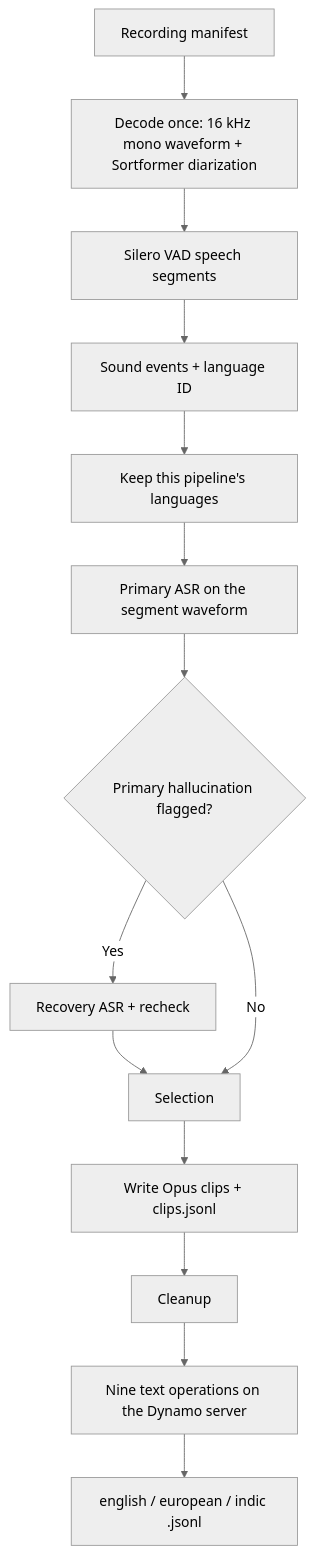
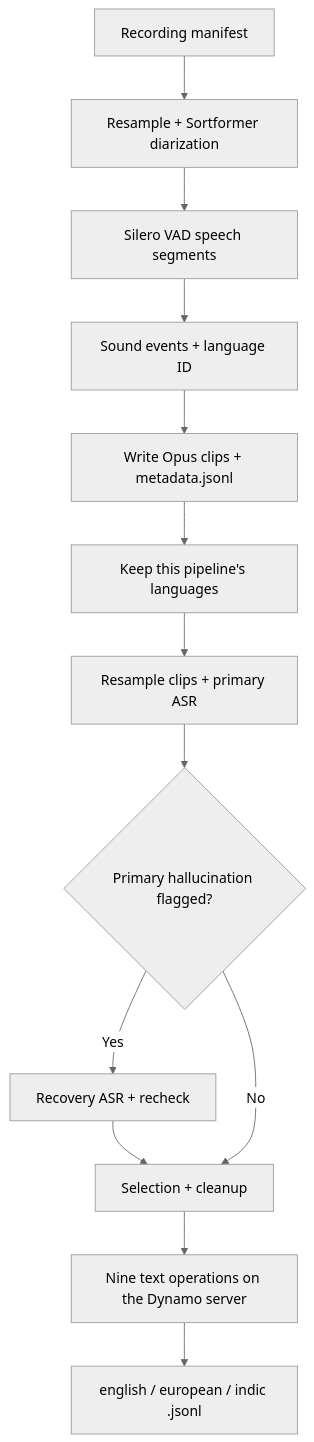
Before and after one commit to NVIDIA-NeMo/Curator: the diagram in tutorials/audio/granary_v2/full_pipeline/README.md, drawn with Mermaid (neutral theme). The commit also changed other lines of this file and 9 other files, not shown here.

````diff
--- a/tutorials/audio/granary_v2/full_pipeline/README.md
+++ b/tutorials/audio/granary_v2/full_pipeline/README.md
@@ -17,16 +17,15 @@
 ```mermaid
 flowchart TD
-    A[Recording manifest] --> B[Decode once: 16 kHz mono waveform + Sortformer diarization]
+    A[Recording manifest] --> B[Resample + Sortformer diarization]
     B --> C[Silero VAD speech segments]
     C --> D[Sound events + language ID]
-    D --> F[Keep this pipeline's languages]
-    F --> G[Primary ASR on the segment waveform]
+    D --> E[Write Opus clips + metadata.jsonl]
+    E --> F[Keep this pipeline's languages]
+    F --> G[Resample clips + primary ASR]
     G --> R{Primary hallucination flagged?}
     R -->|Yes| S[Recovery ASR + recheck]
-    S --> H[Selection]
+    S --> H[Selection + cleanup]
     R -->|No| H
-    H --> E[Write Opus clips + clips.jsonl]
-    E --> J[Cleanup]
-    J --> I[Nine text operations on the Dynamo server]
+    H --> I[Nine text operations on the Dynamo server]
     I --> L[english / european / indic .jsonl]
 ```
````
